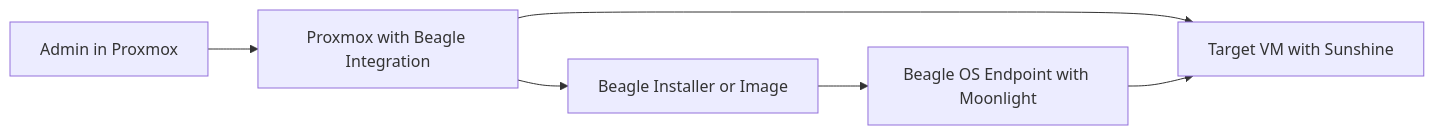
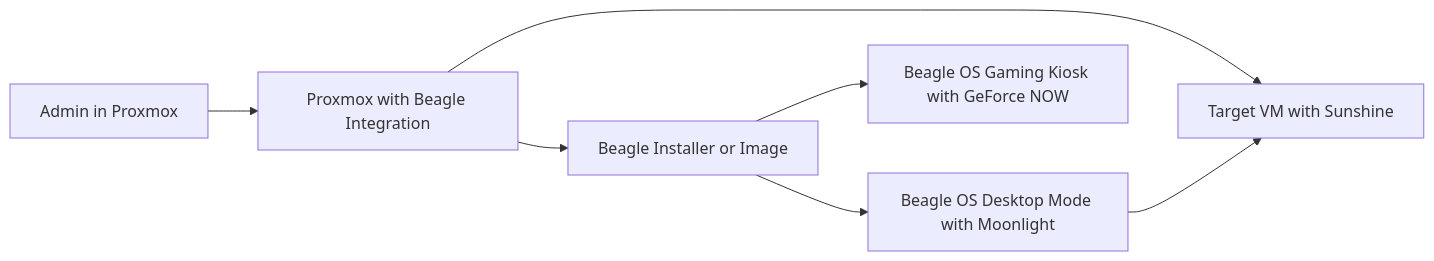
Before and after one commit to meinzeug/beagle-os: the diagram in README.md, drawn with Mermaid. The commit also changed other lines of this file and 46 other files, not shown here.

````diff
--- a/README.md
+++ b/README.md
@@ -45,14 +57,16 @@
 ```mermaid
 flowchart LR
     Admin[Admin in Proxmox]
     PVE[Proxmox with Beagle Integration]
     VM[Target VM with Sunshine]
     Artifact[Beagle Installer or Image]
-    Client[Beagle OS Endpoint with Moonlight]
+    Desktop[Beagle OS Desktop Mode with Moonlight]
+    Gaming[Beagle OS Gaming Kiosk with GeForce NOW]
 
     Admin --> PVE
     PVE --> VM
     PVE --> Artifact
-    Artifact --> Client
-    Client --> VM
+    Artifact --> Desktop
+    Artifact --> Gaming
+    Desktop --> VM
 ```
````
